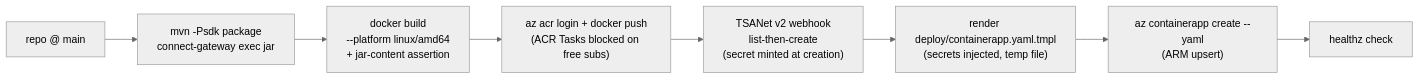
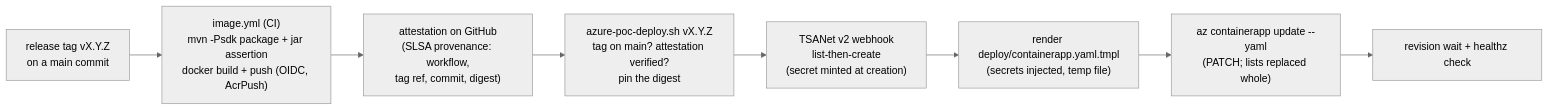
Before and after one commit to tsanetgit/Fin-Intercom_App: the fifth of 5 diagrams in docs/AZURE_DEPLOYMENT.md, drawn with Mermaid (neutral theme). The commit also changed other lines of this file and 2 other files, not shown here.

First line of the commit message:
Document the image provenance chain and the release-only deploy (#55)

````diff
--- a/docs/AZURE_DEPLOYMENT.md
+++ b/docs/AZURE_DEPLOYMENT.md
@@ -175,10 +175,10 @@
 ```mermaid
 flowchart LR
-    SRC["repo @ main"] --> MVN["mvn -Psdk package<br/>connect-gateway exec jar"]
-    MVN --> DB["docker build<br/>--platform linux/amd64<br/>+ jar-content assertion"]
-    DB --> PUSH["az acr login + docker push<br/>(ACR Tasks blocked on free subs)"]
-    PUSH --> WH["TSANet v2 webhook<br/>list-then-create<br/>(secret minted at creation)"]
+    TAG["release tag vX.Y.Z<br/>on a main commit"] --> CI["image.yml (CI)<br/>mvn -Psdk package + jar assertion<br/>docker build + push (OIDC, AcrPush)"]
+    CI --> ATT["attestation on GitHub<br/>(SLSA provenance: workflow,<br/>tag ref, commit, digest)"]
+    ATT --> DEP["azure-poc-deploy.sh vX.Y.Z<br/>tag on main? attestation verified?<br/>pin the digest"]
+    DEP --> WH["TSANet v2 webhook<br/>list-then-create<br/>(secret minted at creation)"]
     WH --> TMPL["render deploy/containerapp.yaml.tmpl<br/>(secrets injected, temp file)"]
-    TMPL --> CA["az containerapp create --yaml<br/>(ARM upsert)"]
-    CA --> OK["healthz check"]
+    TMPL --> CA["az containerapp update --yaml<br/>(PATCH; lists replaced whole)"]
+    CA --> OK["revision wait + healthz check"]
 ```
````
